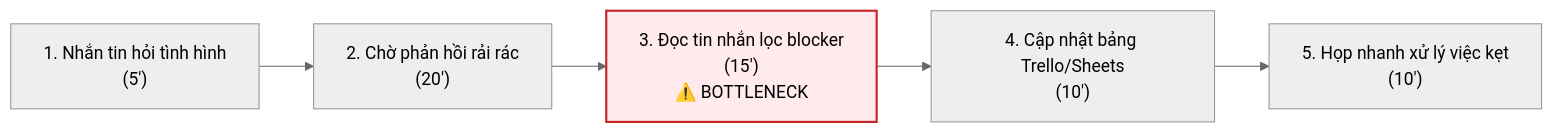
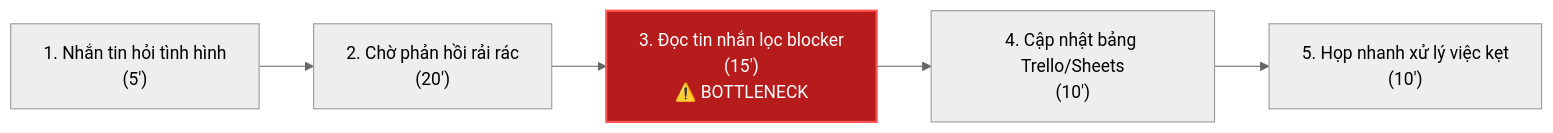
Before and after one commit to phamtuan2xx3-alt/K5-L3B-DAY02-E99-DiscoveryProblemFraming: the third of 3 diagrams in report/individual/2A202603848_ChuVanNhat.md, drawn with Mermaid (neutral theme). The commit also changed other lines of this file, not shown here.

Commit message:
fix: dam bao do tuong phan mau chu tren so do Mermaid

````diff
--- a/report/individual/2A202603848_ChuVanNhat.md
+++ b/report/individual/2A202603848_ChuVanNhat.md
@@ -126,8 +126,8 @@
 ```mermaid
 flowchart LR
     A["1. Nhắn tin hỏi tình hình<br/>(5')"] --> B["2. Chờ phản hồi rải rác<br/>(20')"]
     B --> C["3. Đọc tin nhắn lọc blocker<br/>(15')<br/>⚠️ BOTTLENECK"]
     C --> D["4. Cập nhật bảng Trello/Sheets<br/>(10')"]
     D --> E["5. Họp nhanh xử lý việc kẹt<br/>(10')"]
-    style C fill:#ffebee,stroke:#c62828,stroke-width:2px
+    style C fill:#b71c1c,stroke:#ff5252,stroke-width:2px,color:#ffffff
 ```
````
